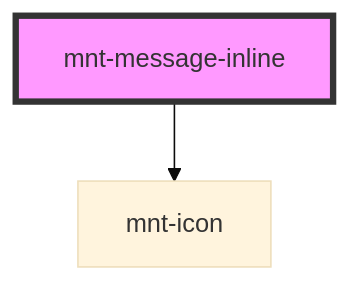
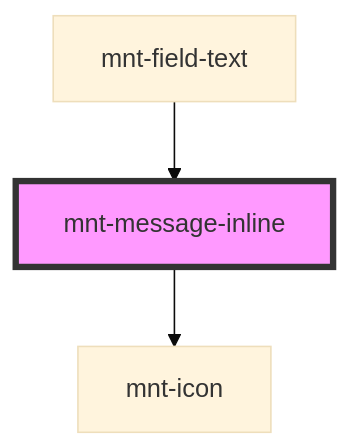
The diagram in src/components/message-inline/readme.md (yooga-tecnologia/mantra), drawn with Mermaid (base theme) before and after one commit. The commit also changed other lines of this file and 9 other files, not shown here.

````diff
--- a/src/components/message-inline/readme.md
+++ b/src/components/message-inline/readme.md
@@ -25,5 +29,6 @@
 ```mermaid
 graph TD;
   mnt-message-inline --> mnt-icon
+  mnt-field-text --> mnt-message-inline
   style mnt-message-inline fill:#f9f,stroke:#333,stroke-width:4px
 ```
````
